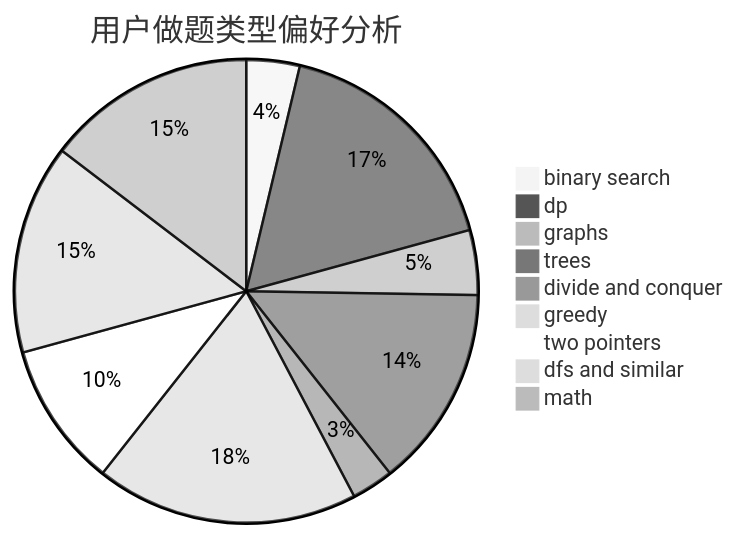
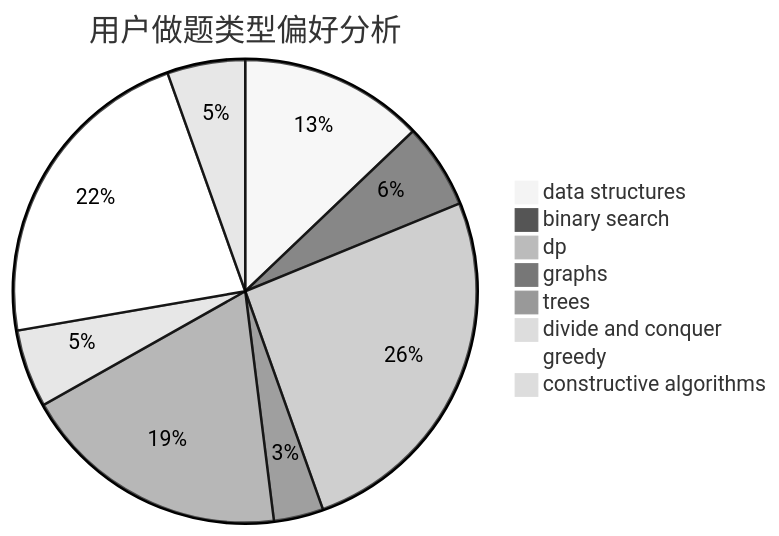
Before and after one commit to sherpahu/cfrs.github.io: the second of 3 diagrams in docs/user/u2310.md, drawn with Mermaid (neutral theme). The commit also changed other lines of this file and 2775 other files, not shown here.

````diff
--- a/docs/user/u2310.md
+++ b/docs/user/u2310.md
@@ -23,12 +23,11 @@
 ```mermaid
 pie title 用户做题类型偏好分析
-    "binary search" :  14
-    "dp" :  64
-    "graphs" :  17
-    "trees" :  53
+    "data structures" :  26
+    "binary search" :  12
+    "dp" :  52
+    "graphs" :  7
+    "trees" :  38
     "divide and conquer" :  11
-    "greedy" :  69
-    "two pointers" :  38
-    "dfs and similar" :  55
-    "math" :  55
+    "greedy" :  45
+    "constructive algorithms" :  11
 ```
````
